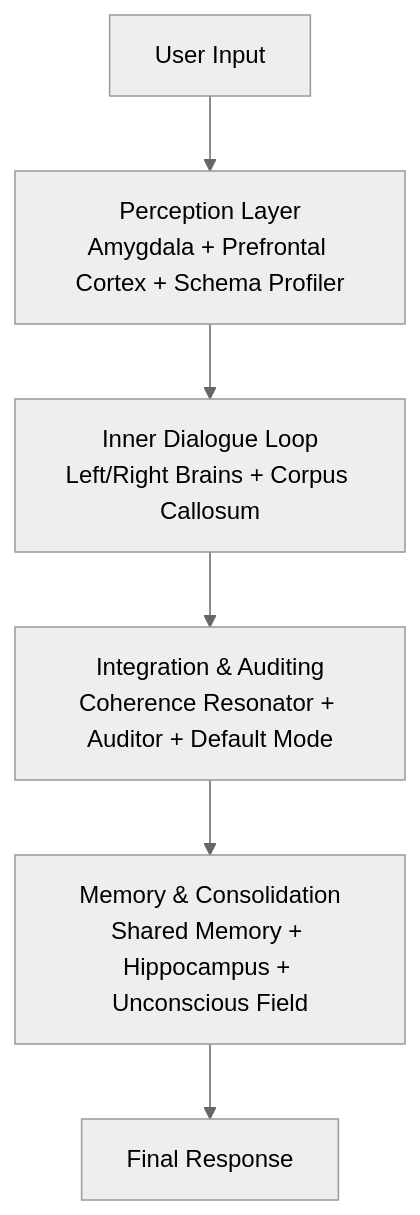
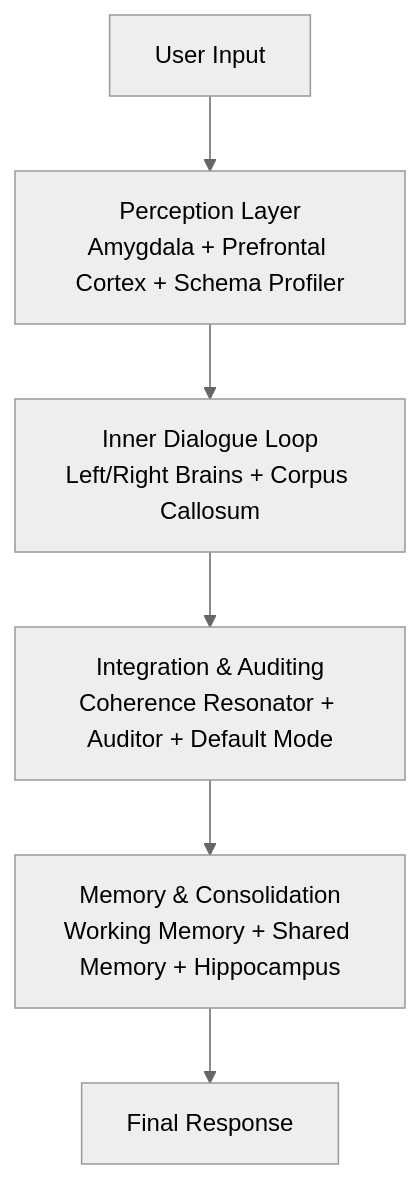
One commit to RyoSpiralArchitect/sr-dual-brain-llm changed the diagram in README.md. Above: the diagram before and after it, drawn with Mermaid (neutral theme). The commit also changed other lines of this file, not shown here.

````diff
--- a/README.md
+++ b/README.md
@@ -11,8 +103,8 @@
 ```mermaid
 flowchart TD
     U[User Input] --> P[Perception Layer<br/>Amygdala + Prefrontal Cortex + Schema Profiler]
     P --> D[Inner Dialogue Loop<br/>Left/Right Brains + Corpus Callosum]
     D --> I[Integration & Auditing<br/>Coherence Resonator + Auditor + Default Mode]
-    I --> M[Memory & Consolidation<br/>Shared Memory + Hippocampus + Unconscious Field]
+    I --> M[Memory & Consolidation<br/>Working Memory + Shared Memory + Hippocampus]
     M --> R[Final Response]
 ```
````
